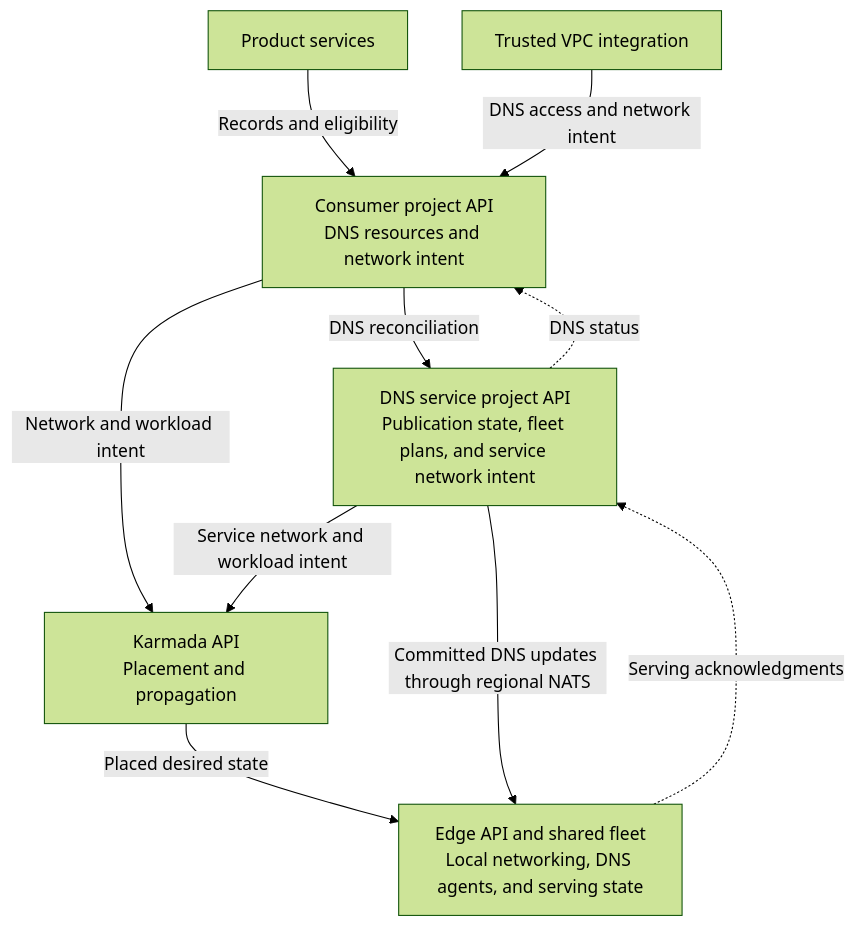
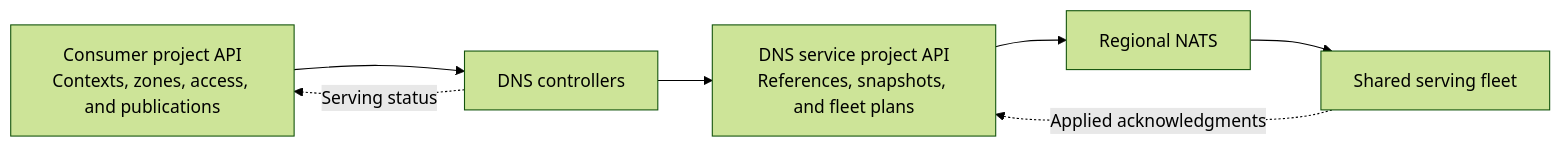
One commit to datum-cloud/dns-operator changed the first of 4 diagrams in docs/architecture/internal-dns/README.md. Above: the diagram before and after it, drawn with Mermaid (forest theme). The commit also changed other lines of this file and 2 other files, not shown here.

Commit message:
docs: clarify internal DNS service boundaries

````diff
--- a/docs/architecture/internal-dns/README.md
+++ b/docs/architecture/internal-dns/README.md
@@ -96,16 +96,11 @@
 ```mermaid
-flowchart TB
-  Products[Product services] -->|Records and eligibility| P
-  Integration[Trusted VPC integration] -->|DNS access and network intent| P
-  P["Consumer project API<br/>DNS resources and network intent"]
-  D["DNS service project API<br/>Publication state, fleet plans, and service network intent"]
-  K["Karmada API<br/>Placement and propagation"]
-  E["Edge API and shared fleet<br/>Local networking, DNS agents, and serving state"]
-  P -->|DNS reconciliation| D
-  P -->|Network and workload intent| K
-  D -->|Service network and workload intent| K
-  K -->|Placed desired state| E
-  D -->|Committed DNS updates through regional NATS| E
-  E -.->|Serving acknowledgments| D
-  D -.->|DNS status| P
+flowchart LR
+  P["Consumer project API<br/>Contexts, zones, access, and publications"]
+  C[DNS controllers]
+  D["DNS service project API<br/>References, snapshots, and fleet plans"]
+  N[Regional NATS]
+  E[Shared serving fleet]
+  P --> C --> D --> N --> E
+  E -.->|Applied acknowledgments| D
+  C -.->|Serving status| P
 ```
````
